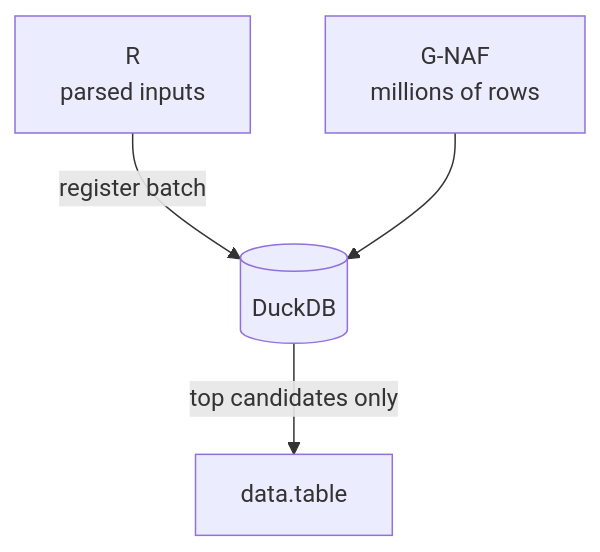
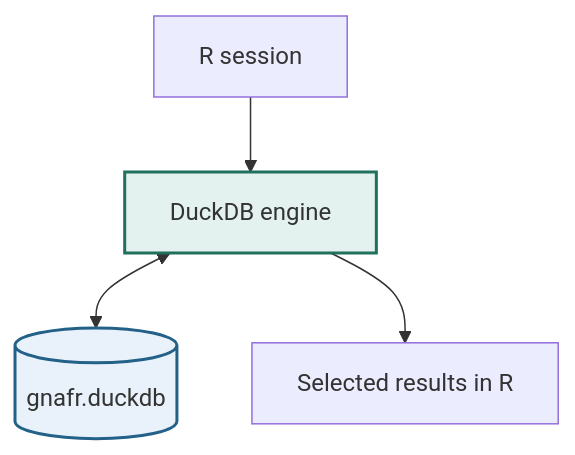
One commit to KyleHaynes/gnafr changed the first of 5 diagrams in slides/gnafr-overview.qmd. Above: the diagram before and after it, drawn with Mermaid. The commit also changed other lines of this file and 38 other files, not shown here.

````diff
--- a/slides/gnafr-overview.qmd
+++ b/slides/gnafr-overview.qmd
@@ -231,7 +179,12 @@
 ```{mermaid}
-%%| fig-height: 4.8
+%%| eval: true
+%%| echo: false
+%%| fig-height: 4.1
+%%{init: {'flowchart': {'htmlLabels': false}}}%%
 flowchart TB
-  R["R<br/>parsed inputs"] -->|register batch| D[("DuckDB")]
-  G["G-NAF<br/>millions of rows"] --> D
-  D -->|top candidates only| O["data.table"]
+  R["R session"] --> D["DuckDB engine"]
+  D <--> F[("gnafr.duckdb")]
+  D --> T["Selected results in R"]
+  style D fill:#e3f2ef,stroke:#21705b,stroke-width:2px
+  style F fill:#e9f2fa,stroke:#236188,stroke-width:2px
 ```
````
